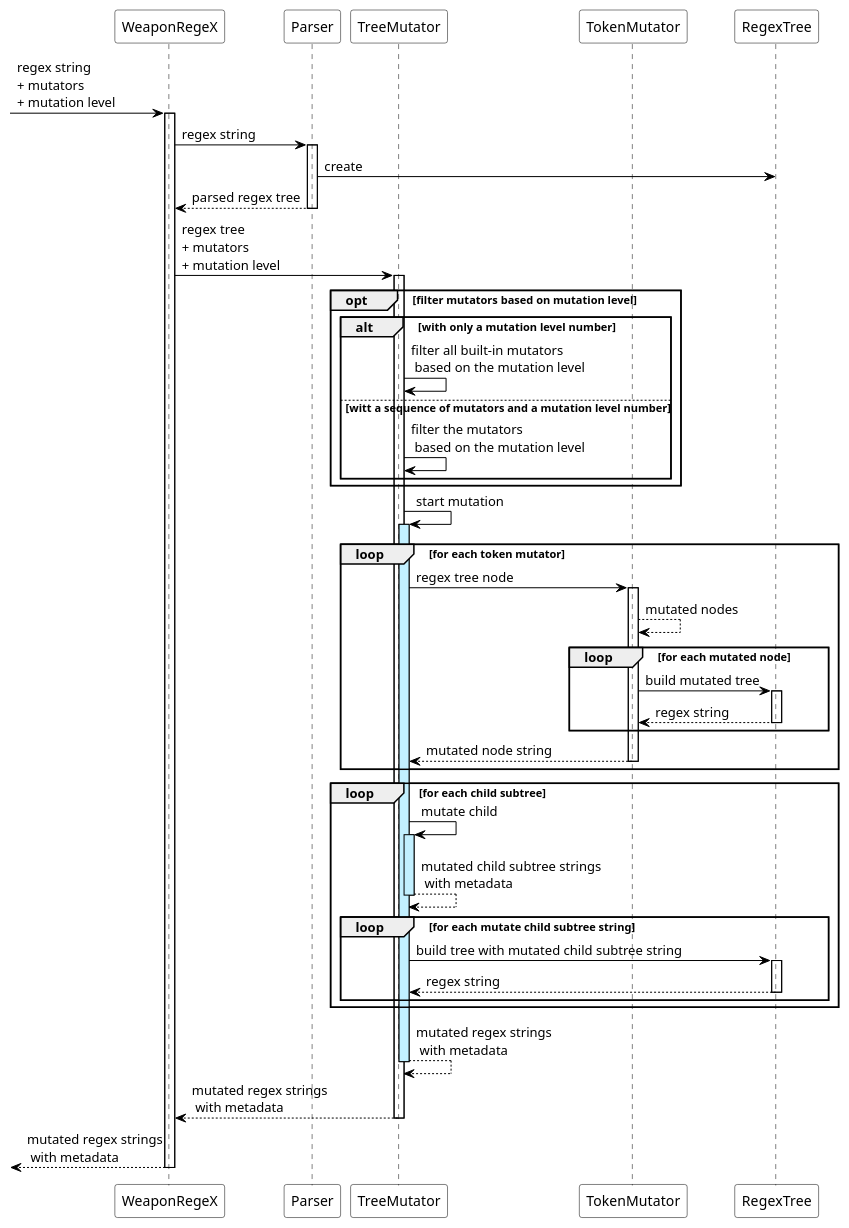
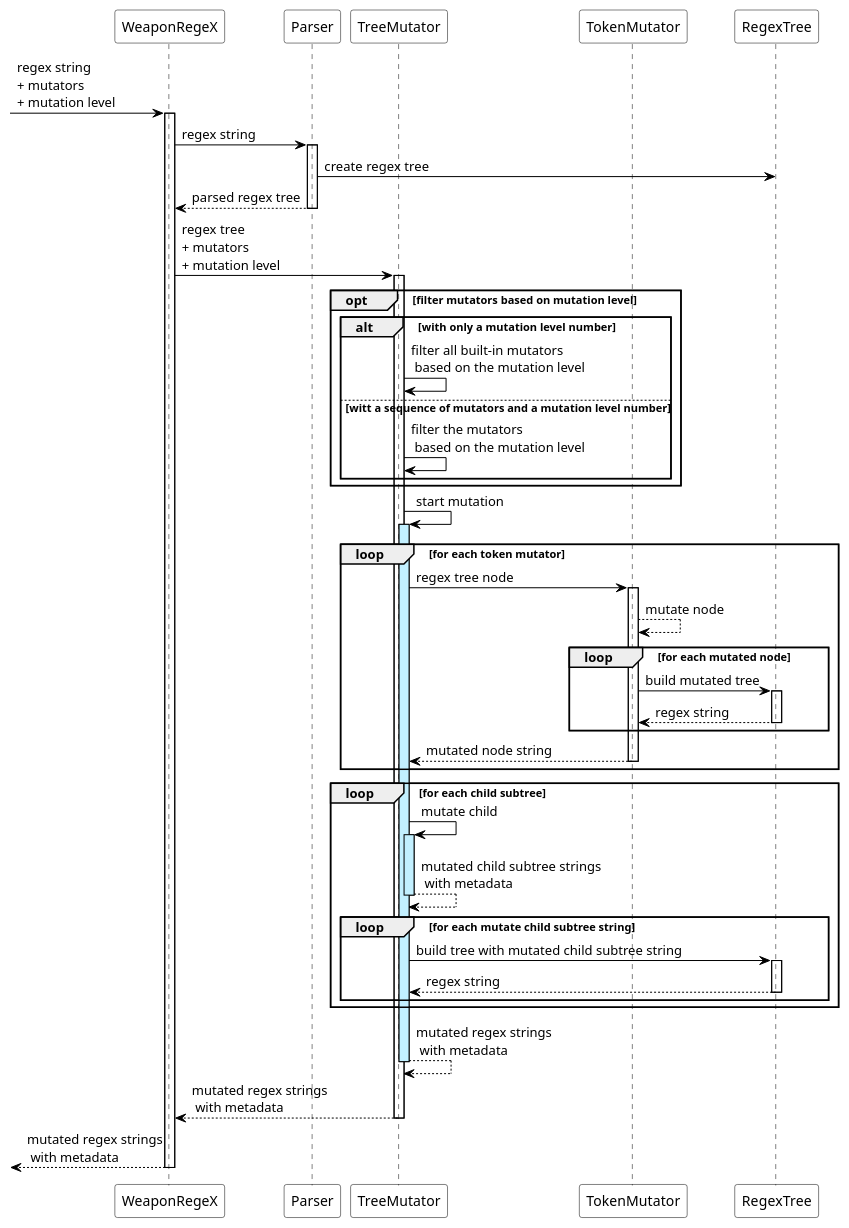
The diagram in design/diagram/SequenceDiagram.puml (nhaajt/Weapon-regeX), drawn with PlantUML before and after one commit. The commit also changed 2 other files, not shown here.

Commit message:
feat(design): Update grammar and class diagram

```diff
--- a/design/diagram/SequenceDiagram.puml
+++ b/design/diagram/SequenceDiagram.puml
@@ -1,79 +1,80 @@
 @startuml
 
 'skinparam monochrome true
 skinparam backgroundcolor white
+'skinparam backgroundcolor transparent
 skinparam shadowing false
 skinparam sequence {
     ArrowColor black
     LifeLineBorderColor black
     LifeLineBackgroundColor transparent
     ParticipantBorderColor black
     ParticipantBackgroundColor transparent
     GroupBodyBackgroundColor transparent
     BoxBorderColor transparent
 }
 
 'left to right direction
 
 'title Sequence Diagram
 participant WeaponRegeX
 participant Parser
 participant TreeMutator
 participant TokenMutator
 participant RegexTree
 
 -> WeaponRegeX: regex string\n+ mutators\n+ mutation level
 
 '== Parsing ==
 activate WeaponRegeX
 WeaponRegeX -> Parser: regex string
 
 activate Parser
-Parser -> RegexTree: create
+Parser -> RegexTree: create regex tree
 return parsed regex tree
 
 '== Mutating ==
 WeaponRegeX -> TreeMutator: regex tree\n+ mutators\n+ mutation level
 activate TreeMutator
 
 opt filter mutators based on mutation level
     alt with only a mutation level number
         TreeMutator -> TreeMutator: filter all built-in mutators\n based on the mutation level
     else witt a sequence of mutators and a mutation level number
         TreeMutator -> TreeMutator: filter the mutators\n based on the mutation level
     end
 end
 
 TreeMutator -> TreeMutator: start mutation
 activate TreeMutator #application
     loop for each token mutator
         TreeMutator -> TokenMutator: regex tree node
         activate TokenMutator
-        TokenMutator --> TokenMutator: mutated nodes
+        TokenMutator --> TokenMutator: mutate node
 
         loop for each mutated node
             TokenMutator -> RegexTree: build mutated tree
             activate RegexTree
             return regex string
         end
         return mutated node string
     end
 
     loop for each child subtree
         TreeMutator -> TreeMutator: mutate child
         activate TreeMutator #application
         return mutated child subtree strings\n with metadata
 
         loop for each mutate child subtree string
             TreeMutator -> RegexTree: build tree with mutated child subtree string
             activate RegexTree
             return regex string
         end
     end
 return mutated regex strings\n with metadata
 return mutated regex strings\n with metadata
 
 <-- WeaponRegeX: mutated regex strings\n with metadata
 deactivate WeaponRegeX
 
 @enduml
```
